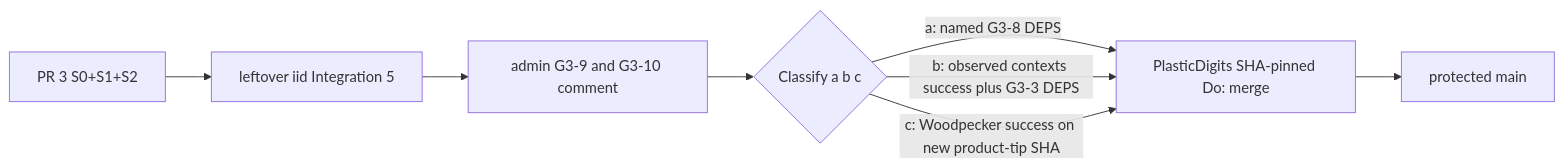
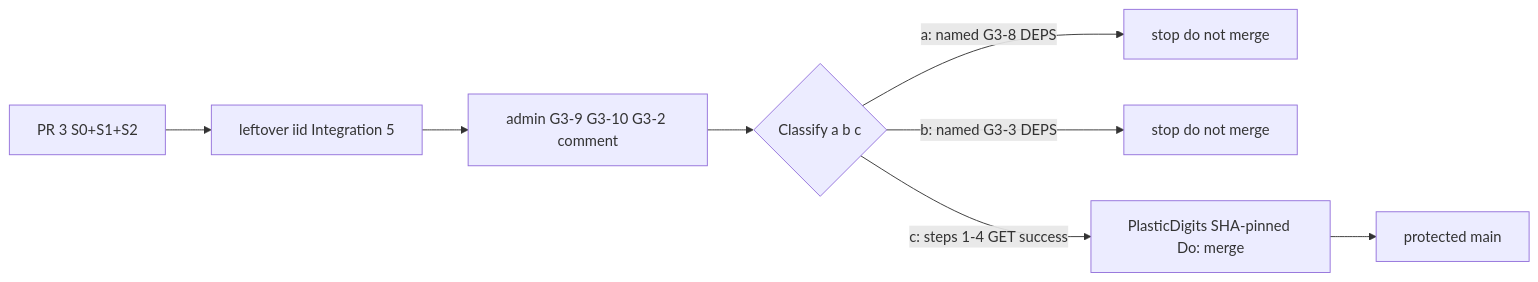
The second of 3 diagrams in docs/architecture.md (PlasticDigits/gitlab-cursor-webhook), drawn with Mermaid before and after one commit. The commit also changed other lines of this file and 1 other file, not shown here.

````diff
--- a/docs/architecture.md
+++ b/docs/architecture.md
@@ -272,10 +312,10 @@
 ```mermaid
 flowchart LR
   TIP[PR 3 S0+S1+S2] --> I5[leftover iid Integration 5]
-  I5 --> I6[admin G3-9 and G3-10 comment]
+  I5 --> I6[admin G3-9 G3-10 G3-2 comment]
   I6 --> ABC{Classify a b c}
-  ABC -->|a: named G3-8 DEPS| PD[PlasticDigits SHA-pinned Do: merge]
-  ABC -->|b: observed contexts success plus G3-3 DEPS| PD
-  ABC -->|c: Woodpecker success on new product-tip SHA| PD
+  ABC -->|a: named G3-8 DEPS| STOPA[stop do not merge]
+  ABC -->|b: named G3-3 DEPS| STOPB[stop do not merge]
+  ABC -->|c: steps 1-4 GET success| PD[PlasticDigits SHA-pinned Do: merge]
   PD --> MAIN[protected main]
 ```
````
